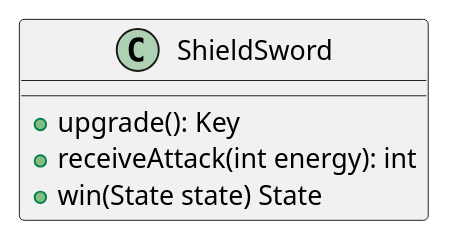
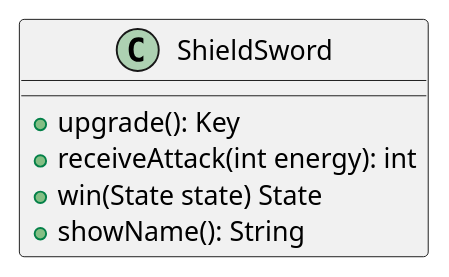
The diagram in diagrams/classes/Equipment/ShieldSword.puml (PabloGCH/tp2-algo3), drawn with PlantUML before and after one commit. The commit also changed 14 other files, not shown here.

Commit message:
state diagrams, rank DC corrections and adding methods to Equipment DCs

```diff
--- a/diagrams/classes/Equipment/ShieldSword.puml
+++ b/diagrams/classes/Equipment/ShieldSword.puml
@@ -1,7 +1,8 @@
 @startuml
 class ShieldSword {
     +upgrade(): Key
     +receiveAttack(int energy): int
     +win(State state) State
+    +showName(): String
 }
 @enduml
```
